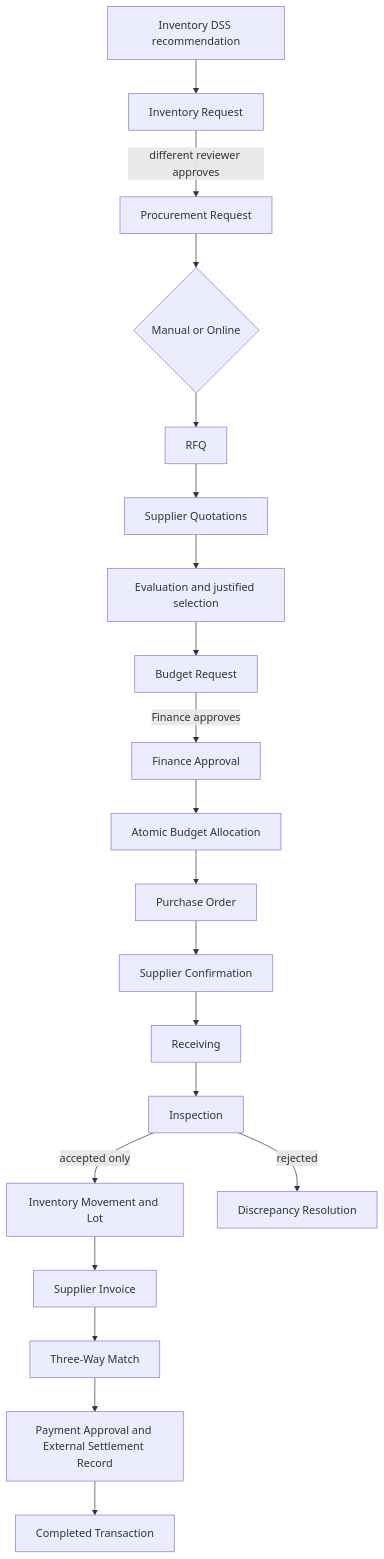
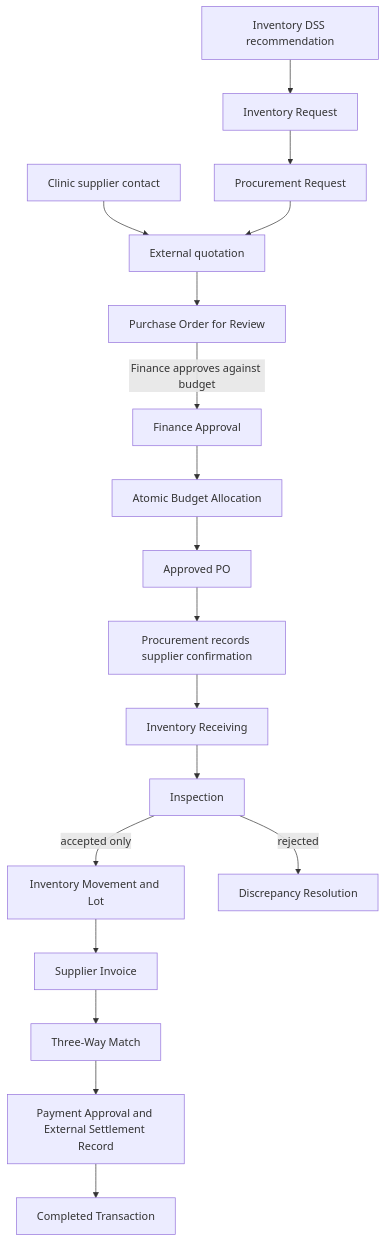
The second of 4 diagrams in docs/supply-management-architecture.md (dev-page/aestheticare-app), drawn with Mermaid before and after one commit. The commit also changed other lines of this file and 57 other files, not shown here.

Commit message:
supply ordering process fix (inventory, procurement, finance, pharmacy)

````diff
--- a/docs/supply-management-architecture.md
+++ b/docs/supply-management-architecture.md
@@ -114,22 +112,20 @@
 ```mermaid
 flowchart TD
   DSS[Inventory DSS recommendation] --> IR[Inventory Request]
-  IR -->|different reviewer approves| PR[Procurement Request]
-  PR --> Mode{Manual or Online}
-  Mode --> RFQ[RFQ]
-  RFQ --> Quotes[Supplier Quotations]
-  Quotes --> Eval[Evaluation and justified selection]
-  Eval --> BR[Budget Request]
-  BR -->|Finance approves| FA[Finance Approval]
+  IR --> PR[Procurement Request]
+  Supplier[Clinic supplier contact] --> Quote[External quotation]
+  PR --> Quote
+  Quote --> PO[Purchase Order for Review]
+  PO -->|Finance approves against budget| FA[Finance Approval]
   FA --> BA[Atomic Budget Allocation]
-  BA --> PO[Purchase Order]
-  PO --> PC[Supplier Confirmation]
-  PC --> RC[Receiving]
+  BA --> ApprovedPO[Approved PO]
+  ApprovedPO --> PC[Procurement records supplier confirmation]
+  PC --> RC[Inventory Receiving]
   RC --> INSP[Inspection]
   INSP -->|accepted only| Stock[Inventory Movement and Lot]
   INSP -->|rejected| DISC[Discrepancy Resolution]
   Stock --> Invoice[Supplier Invoice]
   Invoice --> Match[Three-Way Match]
   Match --> Pay[Payment Approval and External Settlement Record]
   Pay --> Done[Completed Transaction]
 ```
````
